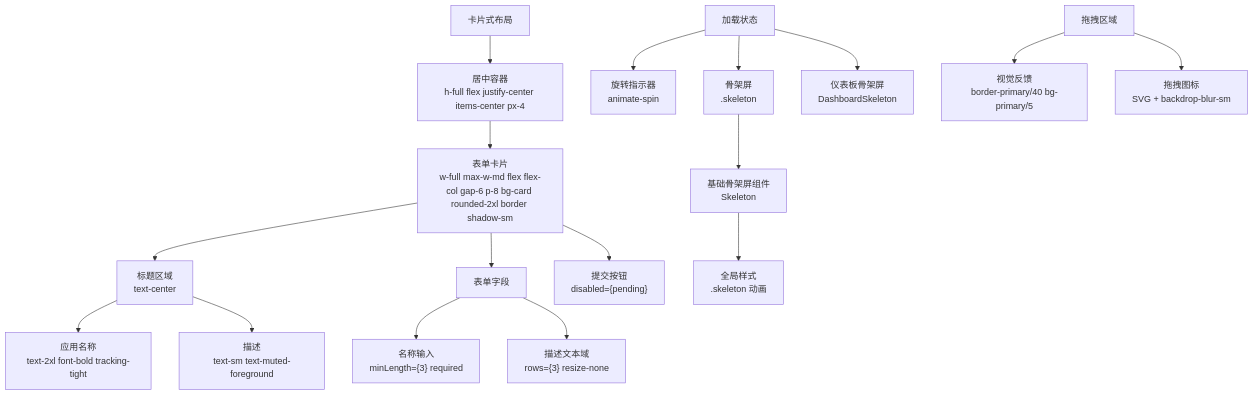
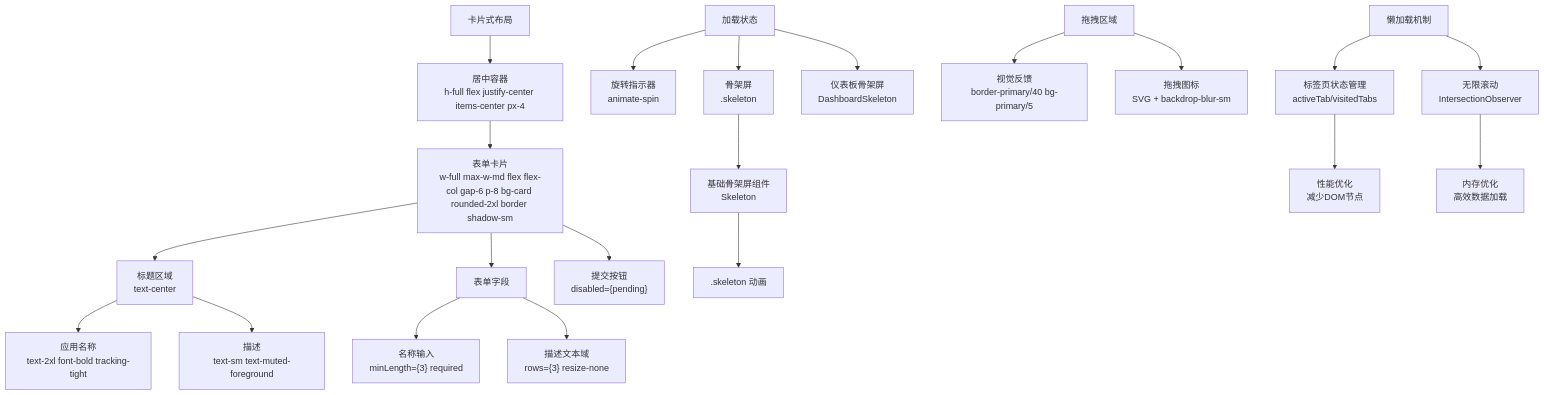
One commit to RadiumAg/image-saas changed diagram 11 of 12 in .qoder/repowiki/zh/content/核心功能模块/应用管理系统.md. Above: the diagram before and after it, drawn with Mermaid. The commit also changed other lines of this file and 3 other files, not shown here.

````diff
--- a/.qoder/repowiki/zh/content/核心功能模块/应用管理系统.md
+++ b/.qoder/repowiki/zh/content/核心功能模块/应用管理系统.md
@@ -432,19 +516,23 @@
 ```mermaid
 flowchart TD
 Card["卡片式布局"] --> Center["居中容器<br/>h-full flex justify-center items-center px-4"]
 Center --> FormCard["表单卡片<br/>w-full max-w-md flex flex-col gap-6 p-8 bg-card rounded-2xl border shadow-sm"]
 FormCard --> Header["标题区域<br/>text-center"]
 Header --> Title["应用名称<br/>text-2xl font-bold tracking-tight"]
 Header --> Subtitle["描述<br/>text-sm text-muted-foreground"]
 FormCard --> FormFields["表单字段"]
 FormFields --> NameField["名称输入<br/>minLength={3} required"]
 FormFields --> DescField["描述文本域<br/>rows={3} resize-none"]
 FormCard --> SubmitBtn["提交按钮<br/>disabled={pending}"]
 Loading["加载状态"] --> Spinner["旋转指示器<br/>animate-spin"]
 Loading --> Skeleton["骨架屏<br/>.skeleton"]
 Loading --> DashboardSkeleton["仪表板骨架屏<br/>DashboardSkeleton"]
 Skeleton --> SkeletonUI["基础骨架屏组件<br/>Skeleton"]
-SkeletonUI --> GlobalCSS["全局样式<br/>.skeleton 动画"]
+SkeletonUI --> GlobalCSS[".skeleton 动画"]
 DragZone["拖拽区域"] --> Feedback["视觉反馈<br/>border-primary/40 bg-primary/5"]
 DragZone --> Icon["拖拽图标<br/>SVG + backdrop-blur-sm"]
+LazyLoad["懒加载机制"] --> TabsState["标签页状态管理<br/>activeTab/visitedTabs"]
+LazyLoad --> InfiniteScroll["无限滚动<br/>IntersectionObserver"]
+TabsState --> Performance["性能优化<br/>减少DOM节点"]
+InfiniteScroll --> Memory["内存优化<br/>高效数据加载"]
 ```
````
